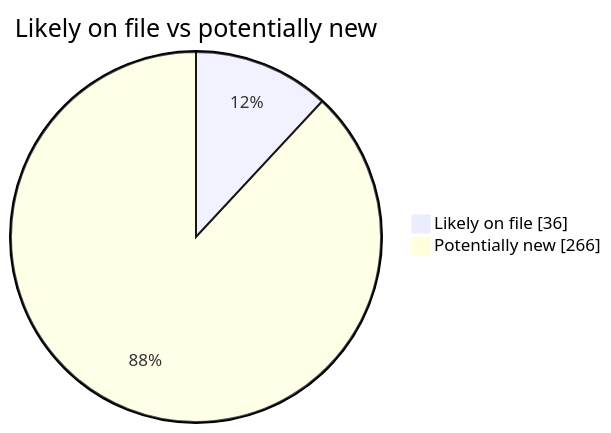
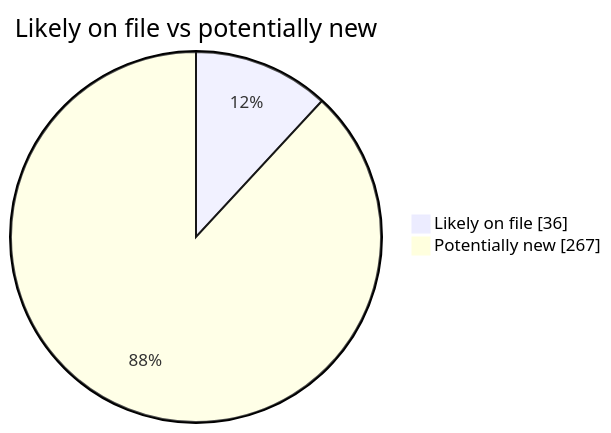
One commit to martinbalfanz/social-scanner-reports changed the second of 4 diagrams in README.md. Above: the diagram before and after it, drawn with Mermaid. The commit also changed other lines of this file and 2 other files, not shown here.

````diff
--- a/README.md
+++ b/README.md
@@ -40,5 +40,5 @@
 ```mermaid
 pie showData title Likely on file vs potentially new
     "Likely on file" : 36
-    "Potentially new" : 266
+    "Potentially new" : 267
 ```
````
